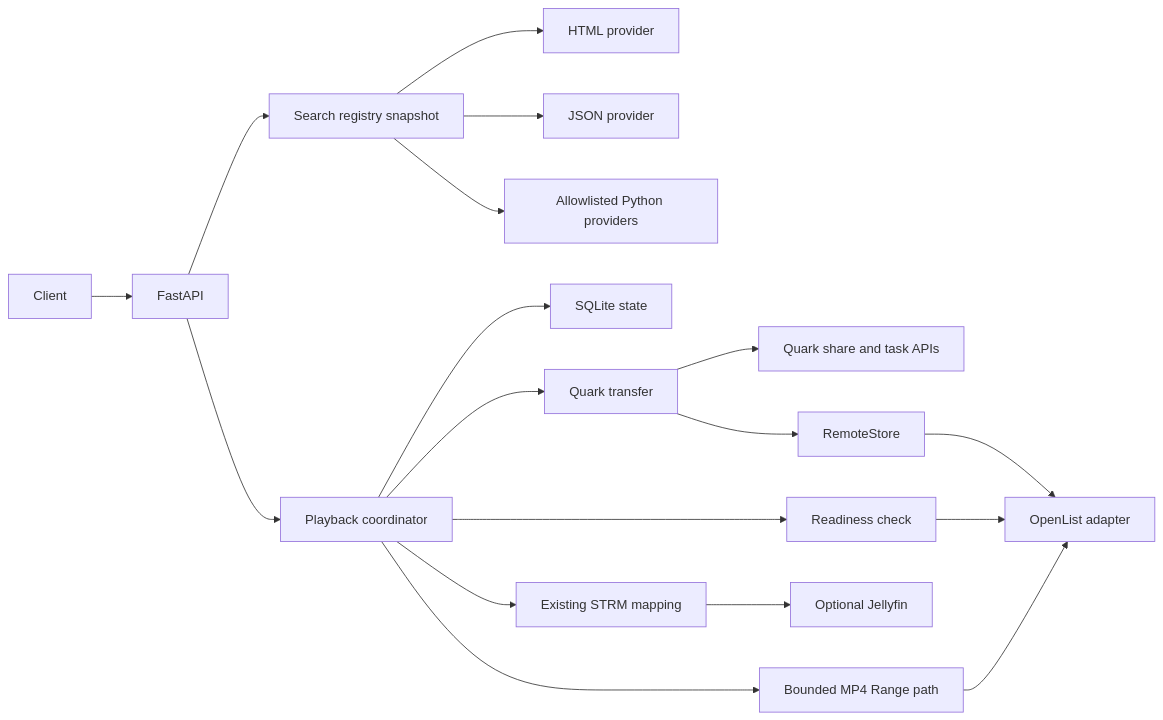
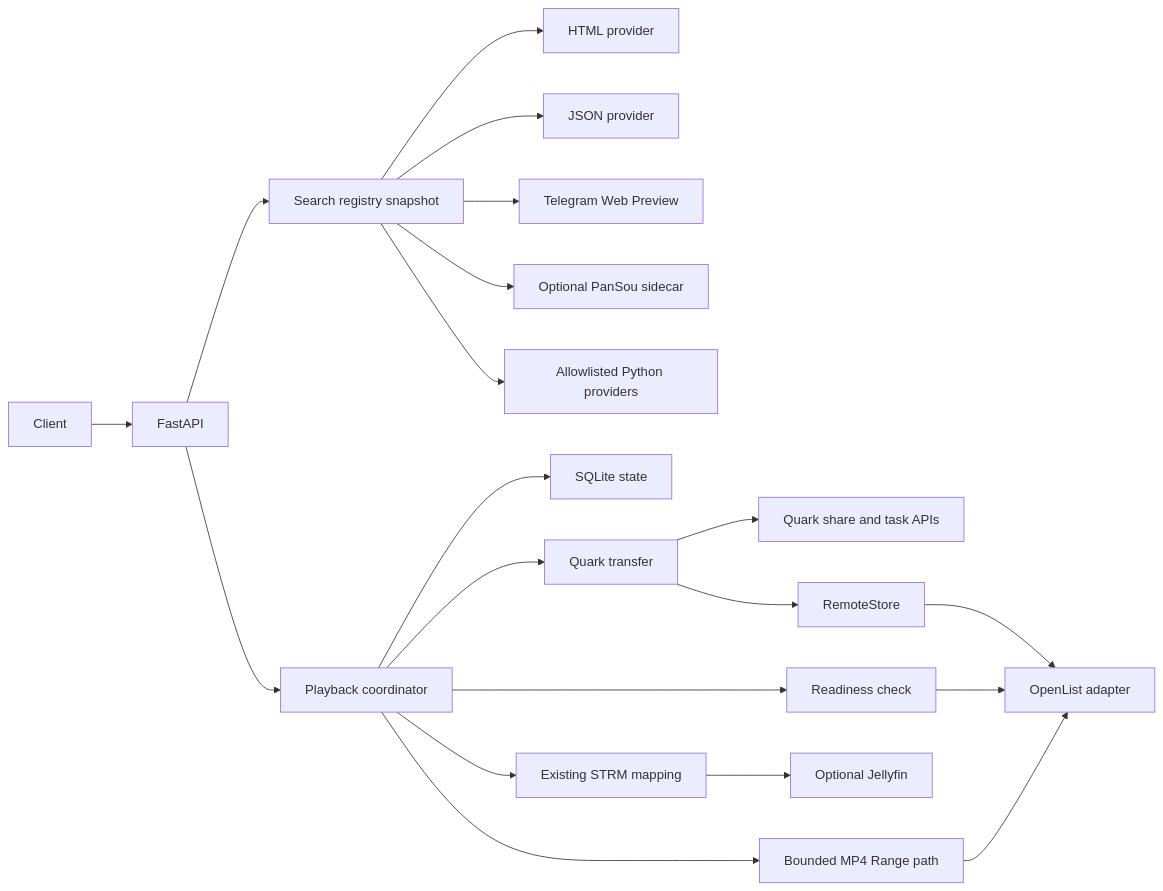
The diagram in docs/architecture.md (gnod-x/quark-vod), drawn with Mermaid before and after one commit. The commit also changed other lines of this file and 54 other files, not shown here.

````diff
--- a/docs/architecture.md
+++ b/docs/architecture.md
@@ -8,20 +8,22 @@
 ```mermaid
 flowchart LR
     Client --> API[FastAPI]
     API --> Search[Search registry snapshot]
     Search --> HTML[HTML provider]
     Search --> JSON[JSON provider]
+    Search --> TG[Telegram Web Preview]
+    Search --> PanSou[Optional PanSou sidecar]
     Search --> Trusted[Allowlisted Python providers]
     API --> Resolve[Playback coordinator]
     Resolve --> State[SQLite state]
     Resolve --> Transfer[Quark transfer]
     Transfer --> Quark[Quark share and task APIs]
     Transfer --> Store[RemoteStore]
     Store --> OpenList[OpenList adapter]
     Resolve --> Ready[Readiness check]
     Ready --> OpenList
     Resolve --> STRM[Existing STRM mapping]
     STRM --> Jellyfin[Optional Jellyfin]
     Resolve --> Range[Bounded MP4 Range path]
     Range --> OpenList
 ```
````
